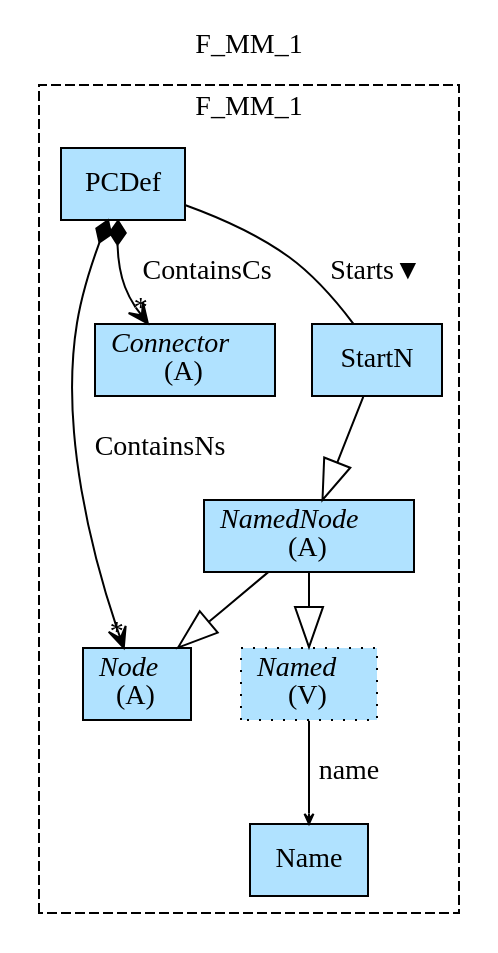
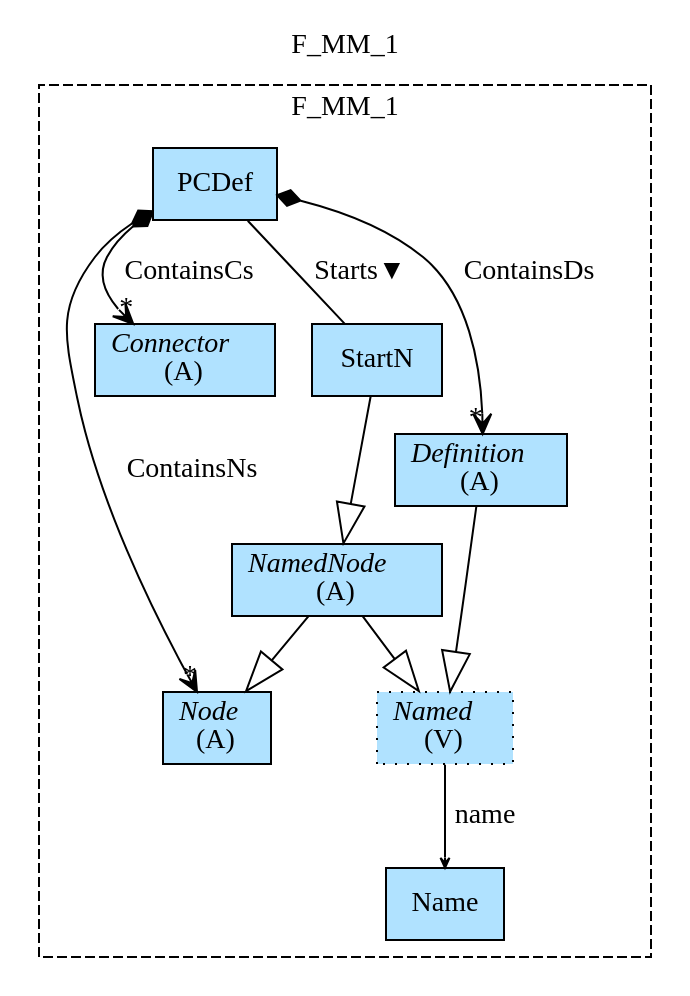
One commit to namalio/Fragmenta changed the diagram in Haskell/PCs/MM/img/F_MM_1.gv. Above: the diagram before and after it, drawn with Graphviz. The commit also changed 114 other files, not shown here.

```diff
--- a/Haskell/PCs/MM/img/F_MM_1.gv
+++ b/Haskell/PCs/MM/img/F_MM_1.gv
@@ -1,20 +1,23 @@
 digraph {graph[label=F_MM_1,labelloc=tl,labelfontsize=12];
 subgraph cluster_F_MM_1{style=dashed;label=F_MM_1;
 "Node"[shape=record,fillcolor=lightskyblue1,style = filled,label=<{<I>Node</I><br/>(A)}>];
 "NamedNode"[shape=record,fillcolor=lightskyblue1,style = filled,label=<{<I>NamedNode</I><br/>(A)}>];
 "PCDef"[shape=record,fillcolor=lightskyblue1,style = filled,label="PCDef"];
 "Named"[shape=record,fillcolor=lightskyblue1,style ="filled,dotted",label=<{<I>Named</I><br/>(V)}>];
 "Connector"[shape=record,fillcolor=lightskyblue1,style = filled,label=<{<I>Connector</I><br/>(A)}>];
 "Name"[shape=record,fillcolor=lightskyblue1,style = filled,label="Name"];
 "StartN"[shape=record,fillcolor=lightskyblue1,style = filled,label="StartN"];
+"Definition"[shape=record,fillcolor=lightskyblue1,style = filled,label=<{<I>Definition</I><br/>(A)}>];
 
 "StartN"->"NamedNode"[arrowhead=onormal,arrowsize=2.0];
 "NamedNode"->"Node"[arrowhead=onormal,arrowsize=2.0];
 "NamedNode"->"Named"[arrowhead=onormal,arrowsize=2.0];
+"Definition"->"Named"[arrowhead=onormal,arrowsize=2.0];
 "Named"->"Name"[label="name",arrowhead=vee,headlabel="",arrowsize=.5];
 "PCDef"->"Node"[label="ContainsNs",arrowhead=vee,arrowtail=diamond,dir=both,headlabel="*"];
 "PCDef"->"Connector"[label="ContainsCs",arrowhead=vee,arrowtail=diamond,dir=both,headlabel="*"];
+"PCDef"->"Definition"[label="ContainsDs",arrowhead=vee,arrowtail=diamond,dir=both,headlabel="*"];
 "PCDef"->"StartN"[label="Starts▼",dir=none,taillabel="",headlabel=""];
 
 }
 }
```
